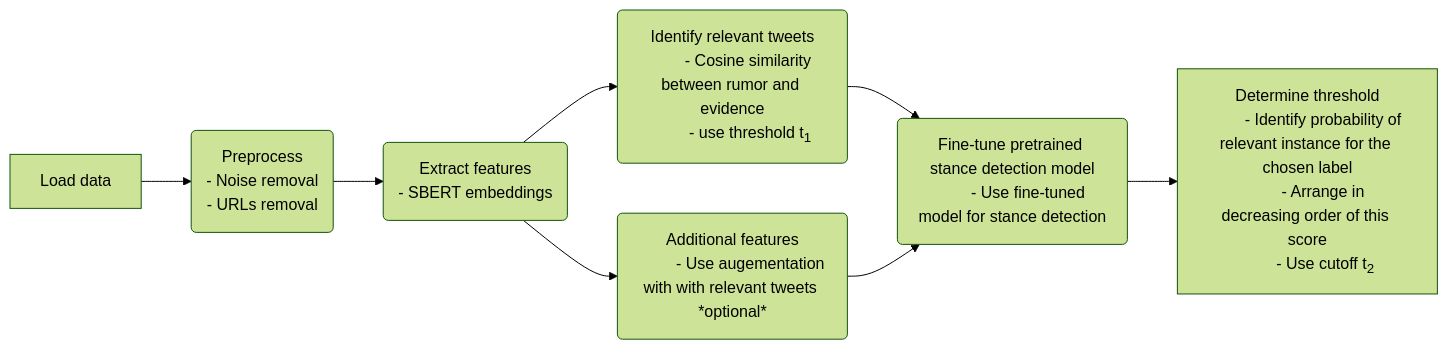
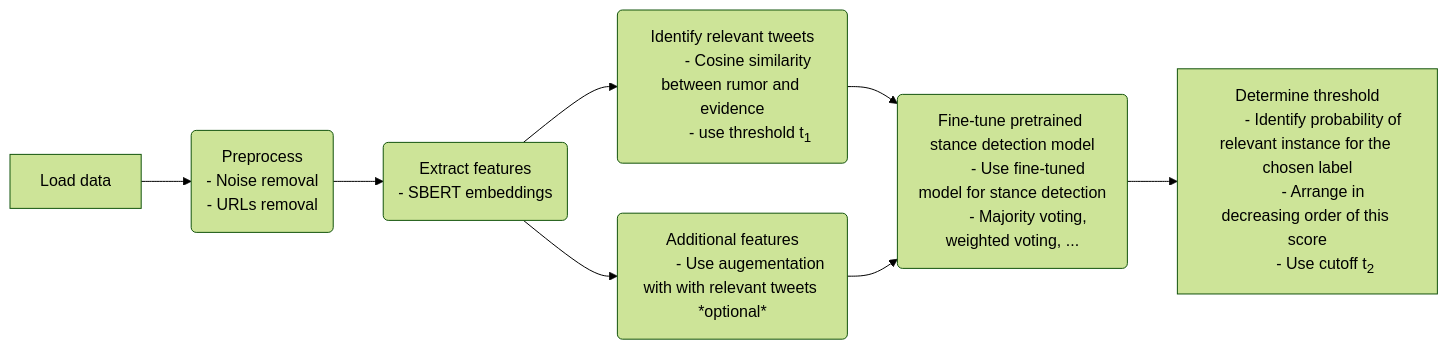
The second of 2 diagrams in README.md (Alaaeddin103/Rumor_verification), drawn with Mermaid (forest theme) before and after one commit. The commit also changed other lines of this file, not shown here.

````diff
--- a/README.md
+++ b/README.md
@@ -50,31 +51,32 @@
 ```mermaid
 graph LR
 a[Load data]
 b(Preprocess
         - Noise removal
         - URLs removal
 )
 c(Extract features
         - SBERT embeddings
 )
 d(Identify relevant tweets
         - Cosine similarity between rumor and evidence
         - use threshold t<sub>1</sub>
 )
 e(Additional features
          - Use augementation with with relevant tweets *optional*
 )
 f(Fine-tune pretrained stance detection model
         - Use fine-tuned model for stance detection
+        - Majority voting, weighted voting, ...
 )
 g[Determine threshold
         - Identify probability of relevant instance for the chosen label
         - Arrange in decreasing order of this score
         - Use cutoff t<sub>2</sub>]
 a --> b
 b --> c
 c --> d & e
 d --> f
 e --> f
 f --> g
 ```
````
